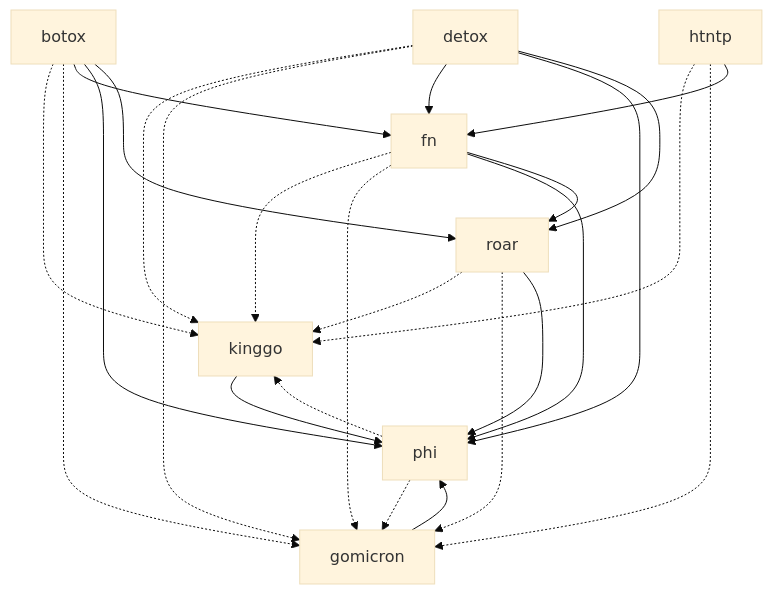
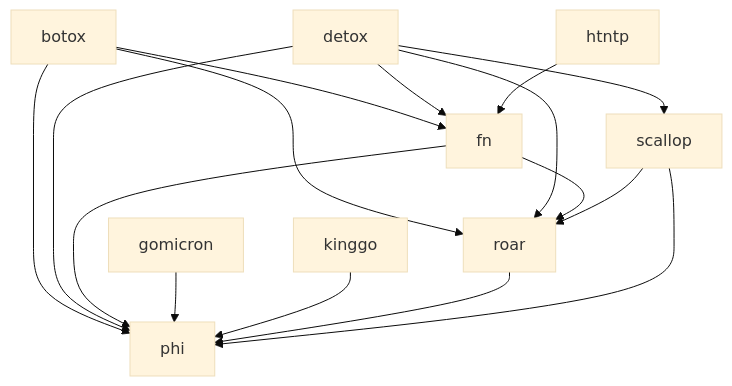
The diagram in README.md (SamuelCabralCruz/going), drawn with Mermaid (base theme) before and after one commit. The commit also changed other lines of this file and 9 other files, not shown here.

````diff
--- a/README.md
+++ b/README.md
@@ -45,45 +62,52 @@
 ```mermaid
 graph TB
 ;
     BOTOX[botox];
     DETOX[detox];
     FN[fn];
     GOMICRON[gomicron];
     HTNTP[htntp];
     KINGGO[kinggo];
     PHI[phi];
     ROAR[roar];
+    SCALLOP[scallop];
 
-    BOTOX -.-> KINGGO;
-    DETOX -.-> KINGGO;
-    FN -.-> KINGGO;
-    HTNTP -.-> KINGGO;
-    PHI -.-> KINGGO;
-    ROAR -.-> KINGGO;
+%%    BOTOX -.-> KINGGO;
+%%    DETOX -.-> KINGGO;
+%%    FN -.-> KINGGO;
+%%    HTNTP -.-> KINGGO;
+%%    PHI -.-> KINGGO;
+%%    ROAR -.-> KINGGO;
+%%    SCALLOP -.-> KINGGO;
 
-    BOTOX -.-> GOMICRON;
-    DETOX -.-> GOMICRON;
-    FN -.-> GOMICRON;
-    HTNTP -.-> GOMICRON;
-    PHI -.-> GOMICRON;
-    ROAR -.-> GOMICRON;
+%%    BOTOX -.-> GOMICRON;
+%%    DETOX -.-> GOMICRON;
+%%    FN -.-> GOMICRON;
+%%    HTNTP -.-> GOMICRON;
+%%    PHI -.-> GOMICRON;
+%%    ROAR -.-> GOMICRON;
+%%    SCALLOP -.-> GOMICRON;
 
     BOTOX --> FN;
     BOTOX --> PHI;
     BOTOX --> ROAR;
     
     DETOX --> FN;
     DETOX --> PHI;
     DETOX --> ROAR;
+    DETOX --> SCALLOP;
     
     FN --> PHI;
     FN --> ROAR;
 
     GOMICRON --> PHI;
     
     HTNTP --> FN;
 
     KINGGO --> PHI;
 
     ROAR --> PHI;
+
+    SCALLOP --> PHI;
+    SCALLOP --> ROAR;
 ```
````
